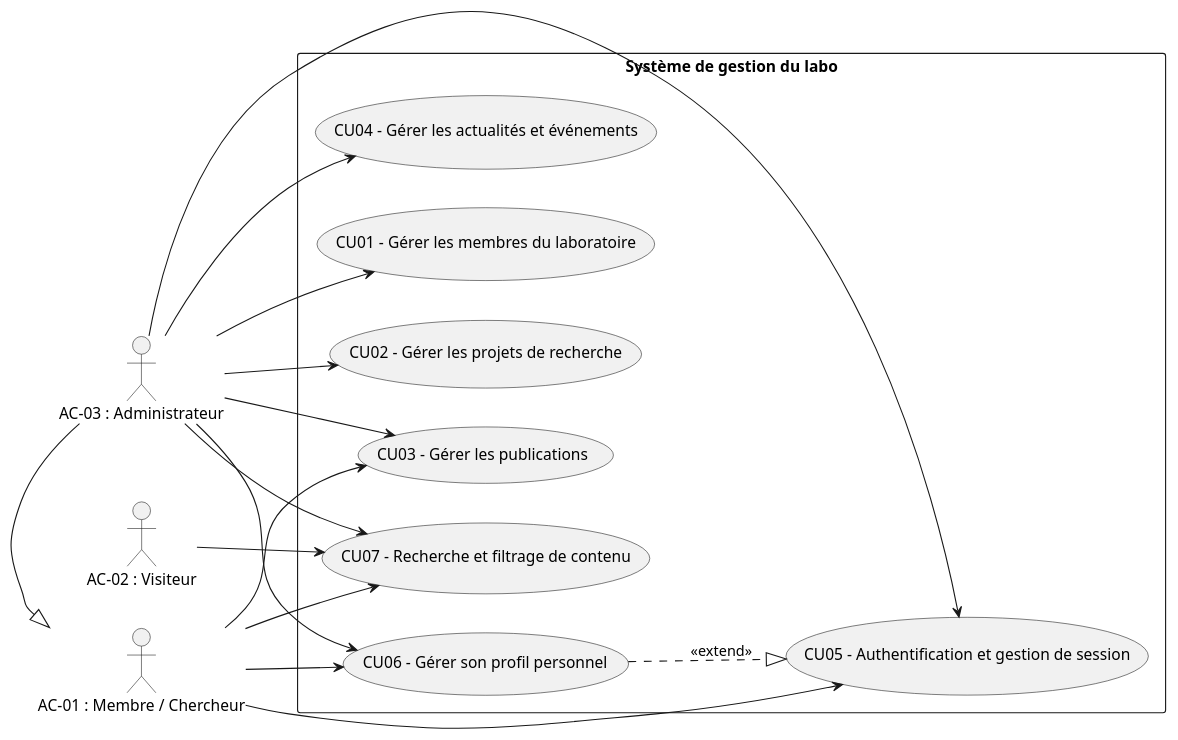
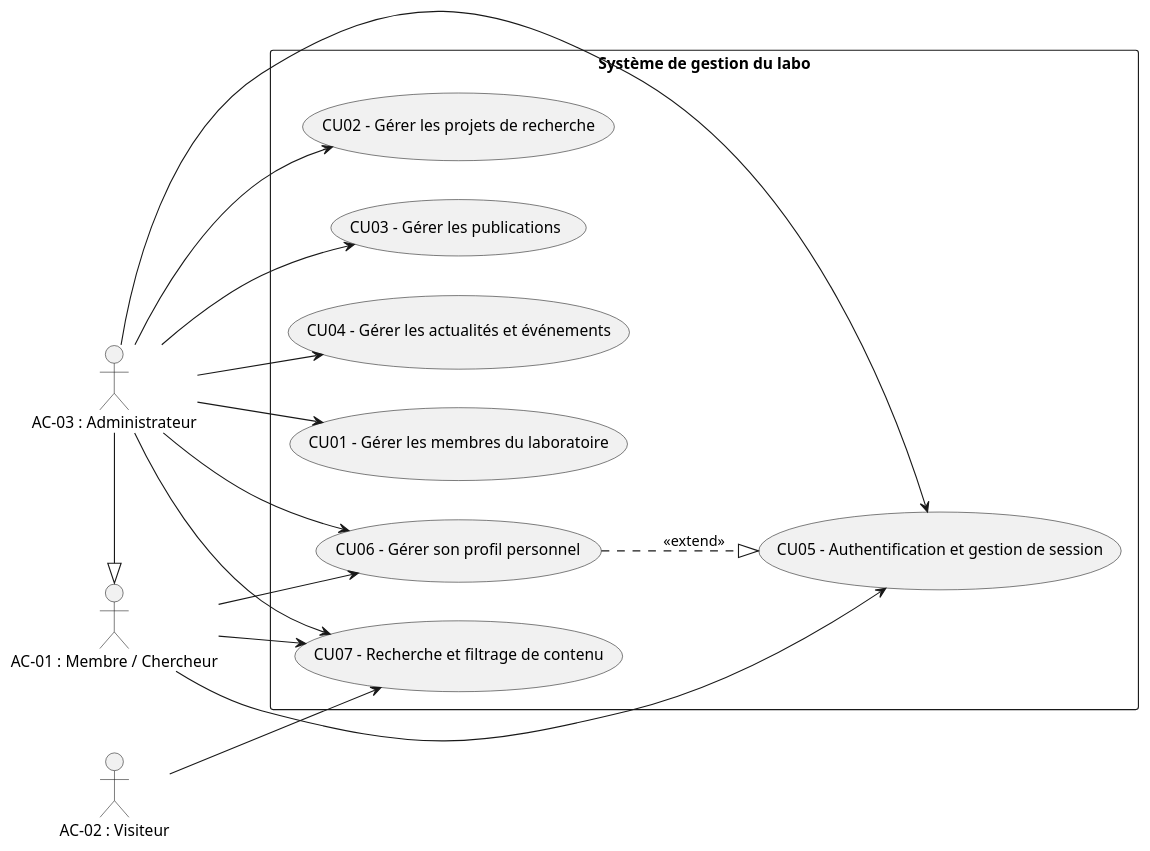
Before and after one commit to stilab-ets/stilab-ets.github.io: the diagram in doc/usecase/usecase.puml, drawn with PlantUML. The commit also changed 9 other files, not shown here.

```diff
--- a/doc/usecase/usecase.puml
+++ b/doc/usecase/usecase.puml
@@ -1,43 +1,42 @@
 @startuml
 left to right direction
 skinparam packageStyle rectangle
 
 actor "AC-01 : Membre / Chercheur" as Membre
 actor "AC-02 : Visiteur" as Visiteur
 actor "AC-03 : Administrateur" as Admin
 
 Admin -|> Membre
 
 rectangle "Système de gestion du labo" {
   
   usecase "CU01 - Gérer les membres du laboratoire" as CU01
   usecase "CU02 - Gérer les projets de recherche" as CU02
   usecase "CU03 - Gérer les publications" as CU03
   usecase "CU04 - Gérer les actualités et événements" as CU04
   usecase "CU05 - Authentification et gestion de session" as CU05
   usecase "CU06 - Gérer son profil personnel" as CU06
   usecase "CU07 - Recherche et filtrage de contenu" as CU07
 }
 
 ' Admin-specific use cases
 Admin --> CU01
 Admin --> CU02
 Admin --> CU04
 
 ' Admin does everything Membre does (explicitly)
 Admin --> CU03
 Admin --> CU05
 Admin --> CU06
 Admin --> CU07
 
 ' Membre use cases
-Membre --> CU03
 Membre --> CU05
 Membre --> CU06
 Membre --> CU07
 
 Visiteur --> CU07
 
 CU06 ..|> CU05 : <<extend>>
 
 @enduml
```
